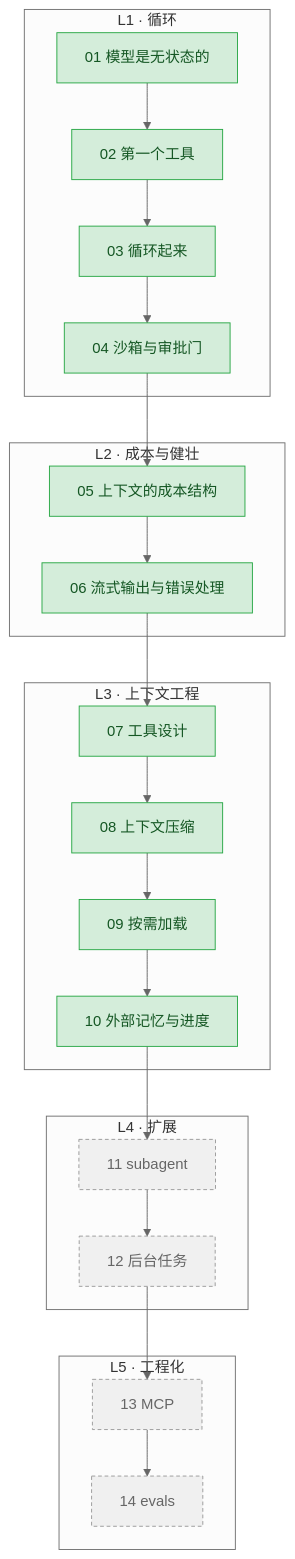
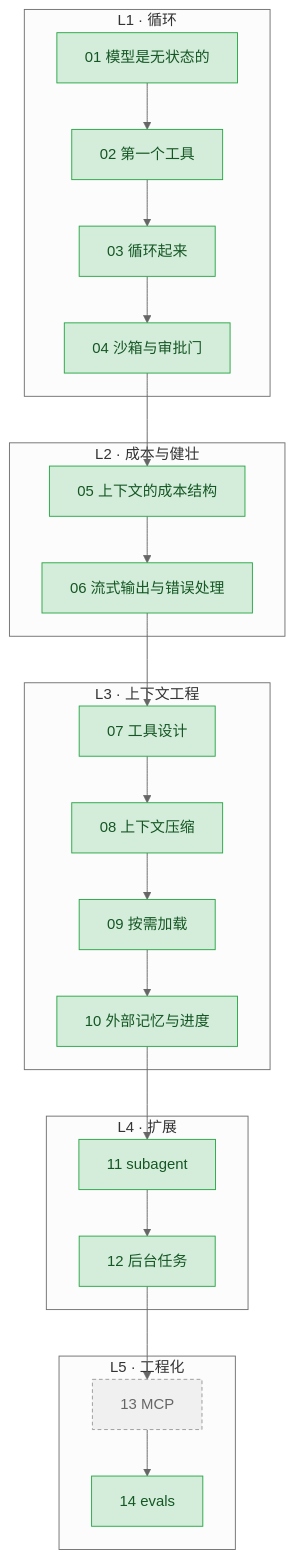
The diagram in README.md (hongaah/Learn-agent), drawn with Mermaid (neutral theme) before and after one commit. The commit also changed other lines of this file and 8 other files, not shown here.

````diff
--- a/README.md
+++ b/README.md
@@ -49,32 +49,32 @@
 ```mermaid
 flowchart TD
     subgraph L1["L1 · 循环"]
         C01["01 模型是无状态的"] --> C02["02 第一个工具"] --> C03["03 循环起来"] --> C04["04 沙箱与审批门"]
     end
 
     subgraph L2["L2 · 成本与健壮"]
         C05["05 上下文的成本结构"] --> C06["06 流式输出与错误处理"]
     end
 
     subgraph L3["L3 · 上下文工程"]
         C07["07 工具设计"] --> C08["08 上下文压缩"] --> C09["09 按需加载"] --> C10["10 外部记忆与进度"]
     end
 
     subgraph L4["L4 · 扩展"]
         C11["11 subagent"] --> C12["12 后台任务"]
     end
 
     subgraph L5["L5 · 工程化"]
         C13["13 MCP"] --> C14["14 evals"]
     end
 
     C04 --> C05
     C06 --> C07
     C10 --> C11
     C12 --> C13
 
     classDef done fill:#d4edda,stroke:#28a745,color:#155724;
     classDef planned fill:#f0f0f0,stroke:#999,color:#666,stroke-dasharray: 4 3;
-    class C01,C02,C03,C04,C05,C06,C07,C08,C09,C10 done;
-    class C11,C12,C13,C14 planned;
+    class C01,C02,C03,C04,C05,C06,C07,C08,C09,C10,C11,C12,C14 done;
+    class C13 planned;
 ```
````
